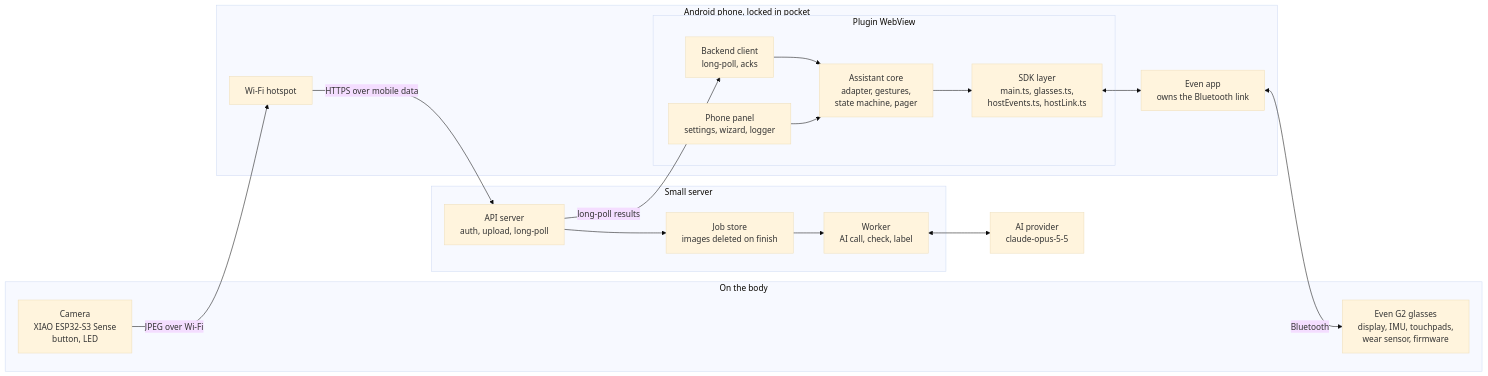
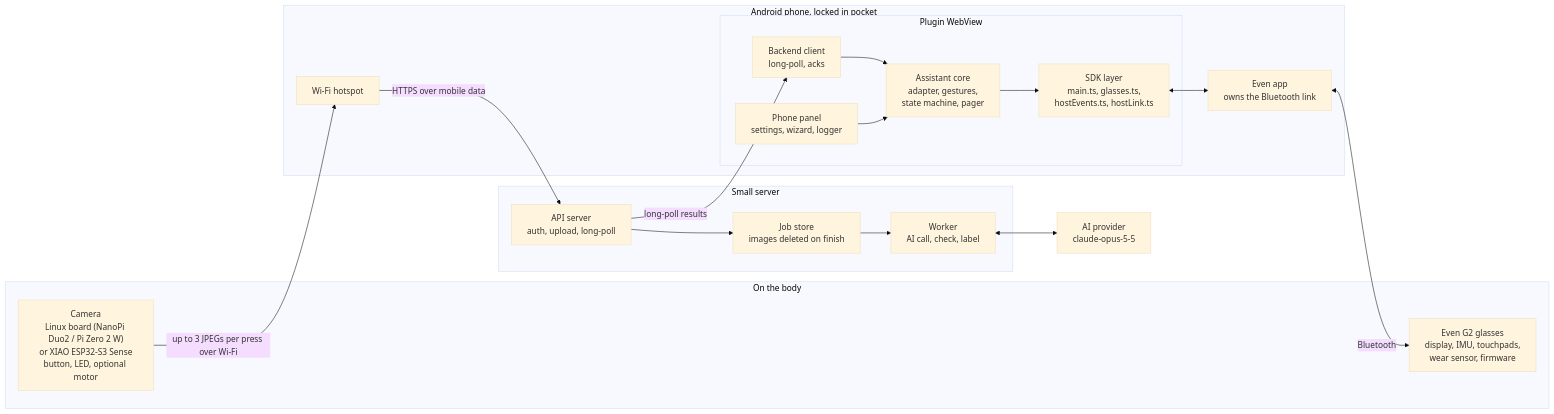
Before and after one commit to youssefelsane-hash/Even_G2-: the first of 7 diagrams in docs/ARCHITECTURE.md, drawn with Mermaid (base theme). The commit also changed other lines of this file and 187 other files, not shown here.

````diff
--- a/docs/ARCHITECTURE.md
+++ b/docs/ARCHITECTURE.md
@@ -11,38 +15,38 @@
 ```mermaid
 flowchart LR
   subgraph Wearable["On the body"]
-    CAM["Camera<br/>XIAO ESP32-S3 Sense<br/>button, LED"]
+    CAM["Camera<br/>Linux board (NanoPi Duo2 / Pi Zero 2 W)<br/>or XIAO ESP32-S3 Sense<br/>button, LED, optional motor"]
     G2["Even G2 glasses<br/>display, IMU, touchpads,<br/>wear sensor, firmware"]
   end
 
   subgraph Phone["Android phone, locked in pocket"]
     HOT["Wi-Fi hotspot"]
     EVEN["Even app<br/>owns the Bluetooth link"]
     subgraph WV["Plugin WebView"]
       SDK["SDK layer<br/>main.ts, glasses.ts,<br/>hostEvents.ts, hostLink.ts"]
       CORE["Assistant core<br/>adapter, gestures,<br/>state machine, pager"]
       CLIENT["Backend client<br/>long-poll, acks"]
       PANEL["Phone panel<br/>settings, wizard, logger"]
     end
   end
 
   subgraph Cloud["Small server"]
     API["API server<br/>auth, upload, long-poll"]
     WORK["Worker<br/>AI call, check, label"]
     STORE["Job store<br/>images deleted on finish"]
   end
 
   AI["AI provider<br/>claude-opus-5-5"]
 
-  CAM -- "JPEG over Wi-Fi" --> HOT
+  CAM -- "up to 3 JPEGs per press over Wi-Fi" --> HOT
   HOT -- "HTTPS over mobile data" --> API
   API --> STORE
   STORE --> WORK
   WORK <--> AI
   API -- "long-poll results" --> CLIENT
   CLIENT --> CORE
   CORE --> SDK
   PANEL --> CORE
   SDK <--> EVEN
   EVEN <-- "Bluetooth" --> G2
 ```
````
